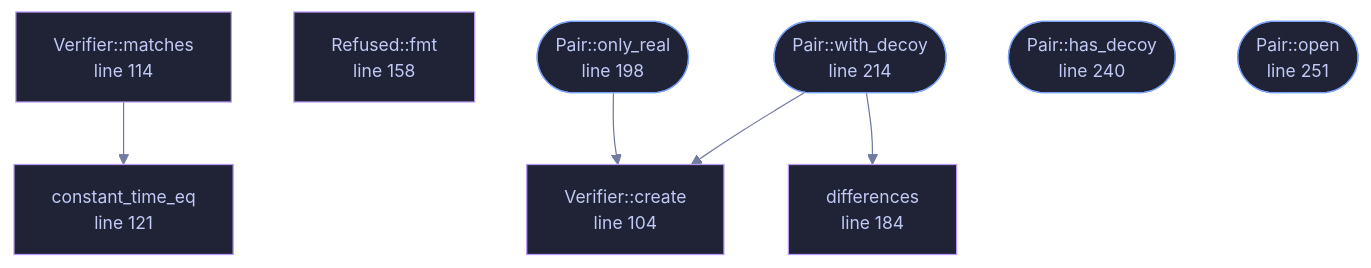
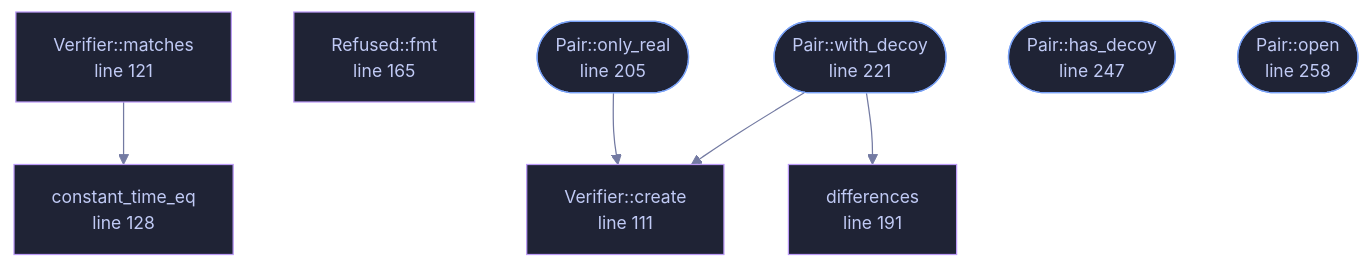
The diagram in docs/files/veilvoice-crypto/decoy.md (tilas01/veilvoice), drawn with Mermaid before and after one commit. The commit also changed other lines of this file and 130 other files, not shown here.

````diff
--- a/docs/files/veilvoice-crypto/decoy.md
+++ b/docs/files/veilvoice-crypto/decoy.md
@@ -134,30 +134,30 @@
 ```mermaid
 %%{init: {"theme":"base","themeVariables":{"background":"#1a1b26","primaryColor":"#1f2335","primaryTextColor":"#c0caf5","primaryBorderColor":"#7aa2f7","secondaryColor":"#16161e","tertiaryColor":"#16161e","lineColor":"#737aa2","textColor":"#c0caf5","mainBkg":"#1f2335","nodeBorder":"#7aa2f7","clusterBkg":"#16161e","clusterBorder":"#2f3549","fontFamily":"ui-monospace, SFMono-Regular, Consolas, monospace","fontSize":"14px"}}}%%
 flowchart TD
-    n_create["Verifier::create<br/>line 104"]
-    n_matches["Verifier::matches<br/>line 114"]
-    n_constant_time_eq["constant_time_eq<br/>line 121"]
-    n_fmt["Refused::fmt<br/>line 158"]
-    n_differences["differences<br/>line 184"]
-    n_only_real(["Pair::only_real<br/>line 198"])
-    n_with_decoy(["Pair::with_decoy<br/>line 214"])
-    n_has_decoy(["Pair::has_decoy<br/>line 240"])
-    n_open(["Pair::open<br/>line 251"])
+    n_create["Verifier::create<br/>line 111"]
+    n_matches["Verifier::matches<br/>line 121"]
+    n_constant_time_eq["constant_time_eq<br/>line 128"]
+    n_fmt["Refused::fmt<br/>line 165"]
+    n_differences["differences<br/>line 191"]
+    n_only_real(["Pair::only_real<br/>line 205"])
+    n_with_decoy(["Pair::with_decoy<br/>line 221"])
+    n_has_decoy(["Pair::has_decoy<br/>line 247"])
+    n_open(["Pair::open<br/>line 258"])
     n_matches --> n_constant_time_eq
     n_only_real --> n_create
     n_with_decoy --> n_create
     n_with_decoy --> n_differences
-    click n_create href "https://github.com/tilas01/veilvoice/blob/main/crates/veilvoice-crypto/src/decoy.rs#L104" "open the source"
-    click n_matches href "https://github.com/tilas01/veilvoice/blob/main/crates/veilvoice-crypto/src/decoy.rs#L114" "open the source"
-    click n_constant_time_eq href "https://github.com/tilas01/veilvoice/blob/main/crates/veilvoice-crypto/src/decoy.rs#L121" "open the source"
-    click n_fmt href "https://github.com/tilas01/veilvoice/blob/main/crates/veilvoice-crypto/src/decoy.rs#L158" "open the source"
-    click n_differences href "https://github.com/tilas01/veilvoice/blob/main/crates/veilvoice-crypto/src/decoy.rs#L184" "open the source"
-    click n_only_real href "https://github.com/tilas01/veilvoice/blob/main/crates/veilvoice-crypto/src/decoy.rs#L198" "open the source"
-    click n_with_decoy href "https://github.com/tilas01/veilvoice/blob/main/crates/veilvoice-crypto/src/decoy.rs#L214" "open the source"
-    click n_has_decoy href "https://github.com/tilas01/veilvoice/blob/main/crates/veilvoice-crypto/src/decoy.rs#L240" "open the source"
-    click n_open href "https://github.com/tilas01/veilvoice/blob/main/crates/veilvoice-crypto/src/decoy.rs#L251" "open the source"
+    click n_create href "https://github.com/tilas01/veilvoice/blob/main/crates/veilvoice-crypto/src/decoy.rs#L111" "open the source"
+    click n_matches href "https://github.com/tilas01/veilvoice/blob/main/crates/veilvoice-crypto/src/decoy.rs#L121" "open the source"
+    click n_constant_time_eq href "https://github.com/tilas01/veilvoice/blob/main/crates/veilvoice-crypto/src/decoy.rs#L128" "open the source"
+    click n_fmt href "https://github.com/tilas01/veilvoice/blob/main/crates/veilvoice-crypto/src/decoy.rs#L165" "open the source"
+    click n_differences href "https://github.com/tilas01/veilvoice/blob/main/crates/veilvoice-crypto/src/decoy.rs#L191" "open the source"
+    click n_only_real href "https://github.com/tilas01/veilvoice/blob/main/crates/veilvoice-crypto/src/decoy.rs#L205" "open the source"
+    click n_with_decoy href "https://github.com/tilas01/veilvoice/blob/main/crates/veilvoice-crypto/src/decoy.rs#L221" "open the source"
+    click n_has_decoy href "https://github.com/tilas01/veilvoice/blob/main/crates/veilvoice-crypto/src/decoy.rs#L247" "open the source"
+    click n_open href "https://github.com/tilas01/veilvoice/blob/main/crates/veilvoice-crypto/src/decoy.rs#L258" "open the source"
     classDef entry fill:#1f2335,stroke:#7aa2f7,color:#c0caf5
     class n_only_real,n_with_decoy,n_has_decoy,n_open entry
     classDef helper fill:#1f2335,stroke:#bb9af7,color:#c0caf5
     class n_create,n_matches,n_constant_time_eq,n_fmt,n_differences helper
 ```
````
